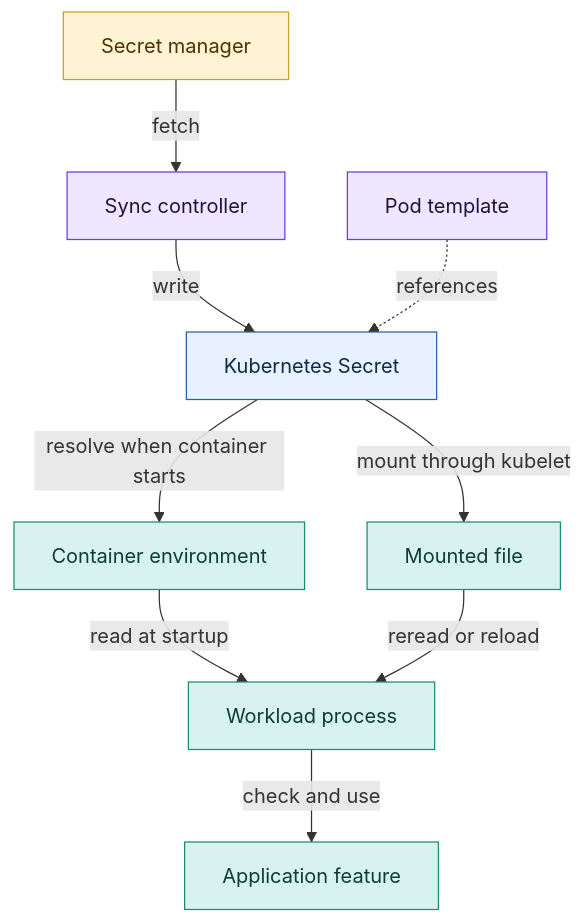
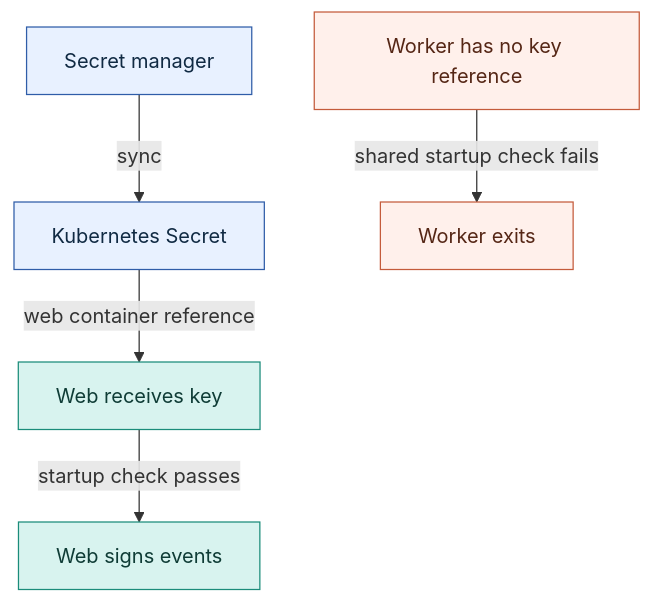
The diagram in _posts/2026-08-02-configuration-is-a-distributed-system.md (aallam/aallam.github.io), drawn with Mermaid before and after one commit. The commit also changed other lines of this file, not shown here.

Commit message:
docs(blog): focus configuration article on a worker startup failure

```diff
--- a/_posts/2026-08-02-configuration-is-a-distributed-system.md
+++ b/_posts/2026-08-02-configuration-is-a-distributed-system.md
@@ -30,20 +57,14 @@
 <pre class="mermaid">
 flowchart TB
-    Authority["Secret manager"] -->|fetch| Sync["Sync controller"]
-    Sync -->|write| Secret["Kubernetes Secret"]
-    Template["Pod template"] -.->|references| Secret
-    Secret -->|resolve when container starts| Env["Container environment"]
-    Secret -->|mount through kubelet| File["Mounted file"]
-    Env -->|read at startup| Process["Workload process"]
-    File -->|reread or reload| Process
-    Process -->|check and use| Subsystem["Application feature"]
+    Source["Secret manager"] -->|sync| Secret["Kubernetes Secret"]
+    Secret -->|web container reference| Web["Web receives key"]
+    Web -->|startup check passes| Ready["Web signs events"]
+    Worker["Worker has no key reference"] -->|shared startup check fails| Failed["Worker exits"]
 
-    classDef authority fill:#fff3d6,stroke:#d1a11f,color:#4f3200
-    classDef control fill:#efe7ff,stroke:#6a3fd4,color:#20113a
-    classDef state fill:#e8f1ff,stroke:#2f5da8,color:#102a43
-    classDef runtime fill:#d8f3ef,stroke:#1b8c7a,color:#0f3c36
-    class Authority authority
-    class Sync,Template control
-    class Secret state
-    class Env,File,Process,Subsystem runtime
+    classDef stored fill:#e8f1ff,stroke:#2f5da8,color:#102a43
+    classDef working fill:#d8f3ef,stroke:#1b8c7a,color:#0f3c36
+    classDef broken fill:#fff0eb,stroke:#c45b3b,color:#552615
+    class Source,Secret stored
+    class Web,Ready working
+    class Worker,Failed broken
 </pre>
```
